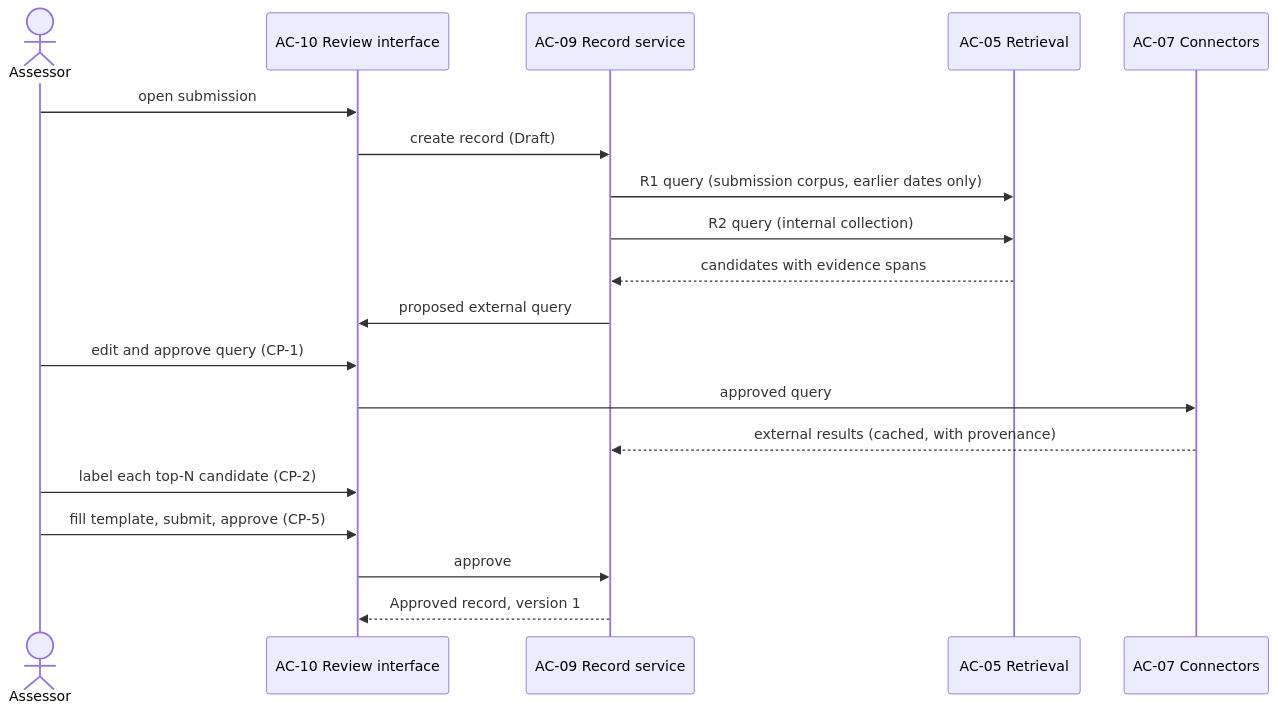
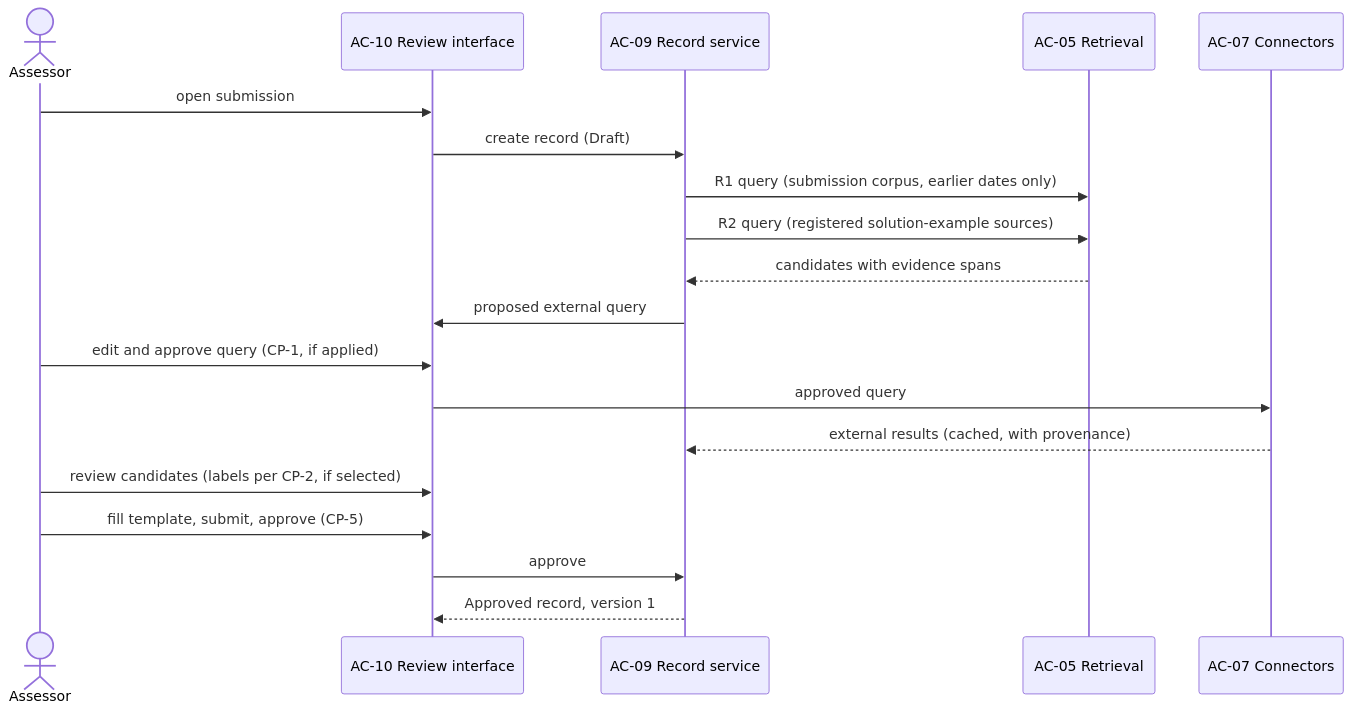
The diagram in stages/S04/S04_DATA_FLOWS_AND_INTERFACES.md (Alireza-haghighi-dev/iraa-proposal), drawn with Mermaid before and after one commit. The commit also changed other lines of this file and 34 other files, not shown here.

````diff
--- a/stages/S04/S04_DATA_FLOWS_AND_INTERFACES.md
+++ b/stages/S04/S04_DATA_FLOWS_AND_INTERFACES.md
@@ -54,21 +55,21 @@
 ```mermaid
 sequenceDiagram
   actor A as Assessor
   participant UI as AC-10 Review interface
   participant RS as AC-09 Record service
   participant RR as AC-05 Retrieval
   participant XC as AC-07 Connectors
   A->>UI: open submission
   UI->>RS: create record (Draft)
   RS->>RR: R1 query (submission corpus, earlier dates only)
-  RS->>RR: R2 query (internal collection)
+  RS->>RR: R2 query (registered solution-example sources)
   RR-->>RS: candidates with evidence spans
   RS->>UI: proposed external query
-  A->>UI: edit and approve query (CP-1)
+  A->>UI: edit and approve query (CP-1, if applied)
   UI->>XC: approved query
   XC-->>RS: external results (cached, with provenance)
-  A->>UI: label each top-N candidate (CP-2)
+  A->>UI: review candidates (labels per CP-2, if selected)
   A->>UI: fill template, submit, approve (CP-5)
   UI->>RS: approve
   RS-->>UI: Approved record, version 1
 ```
````
